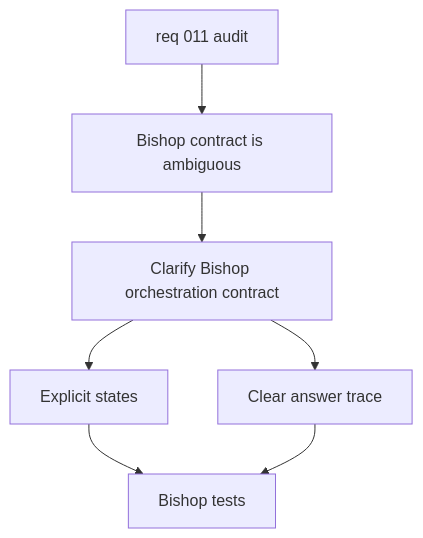
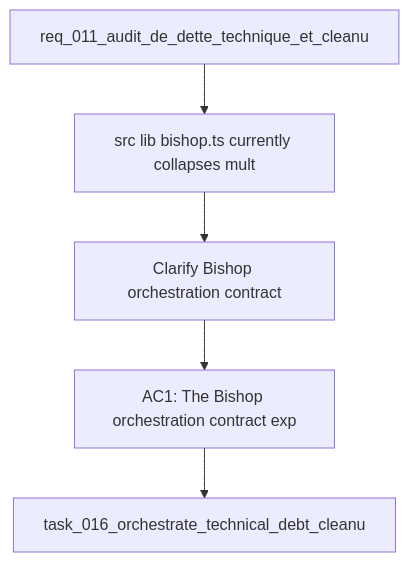
One commit to AlexAgo83/deepvault changed the diagram in logics/backlog/item_040_clarify_bishop_orchestration_contract.md. Above: the diagram before and after it, drawn with Mermaid. The commit also changed 57 other files, not shown here.

````diff
--- a/logics/backlog/item_040_clarify_bishop_orchestration_contract.md
+++ b/logics/backlog/item_040_clarify_bishop_orchestration_contract.md
@@ -22,11 +22,9 @@
 ```mermaid
 %% logics-kind: backlog
 %% logics-signature: backlog|clarify-bishop-orchestration-contract|req-011-audit-de-dette-technique-et-clea|src-lib-bishop-ts-currently-collapses-mu|ac1-the-bishop-orchestration-contract-ex
 flowchart TD
-    Request[req 011 audit] --> Problem[Bishop contract is ambiguous]
+    Request[req_011_audit_de_dette_technique_et_cleanu] --> Problem[src lib bishop.ts currently collapses mult]
     Problem --> Scope[Clarify Bishop orchestration contract]
-    Scope --> States[Explicit states]
-    Scope --> Trace[Clear answer trace]
-    States --> Validate[Bishop tests]
-    Trace --> Validate
+    Scope --> Acceptance[AC1: The Bishop orchestration contract exp]
+    Acceptance --> Tasks[task_016_orchestrate_technical_debt_cleanu]
 ```
````
